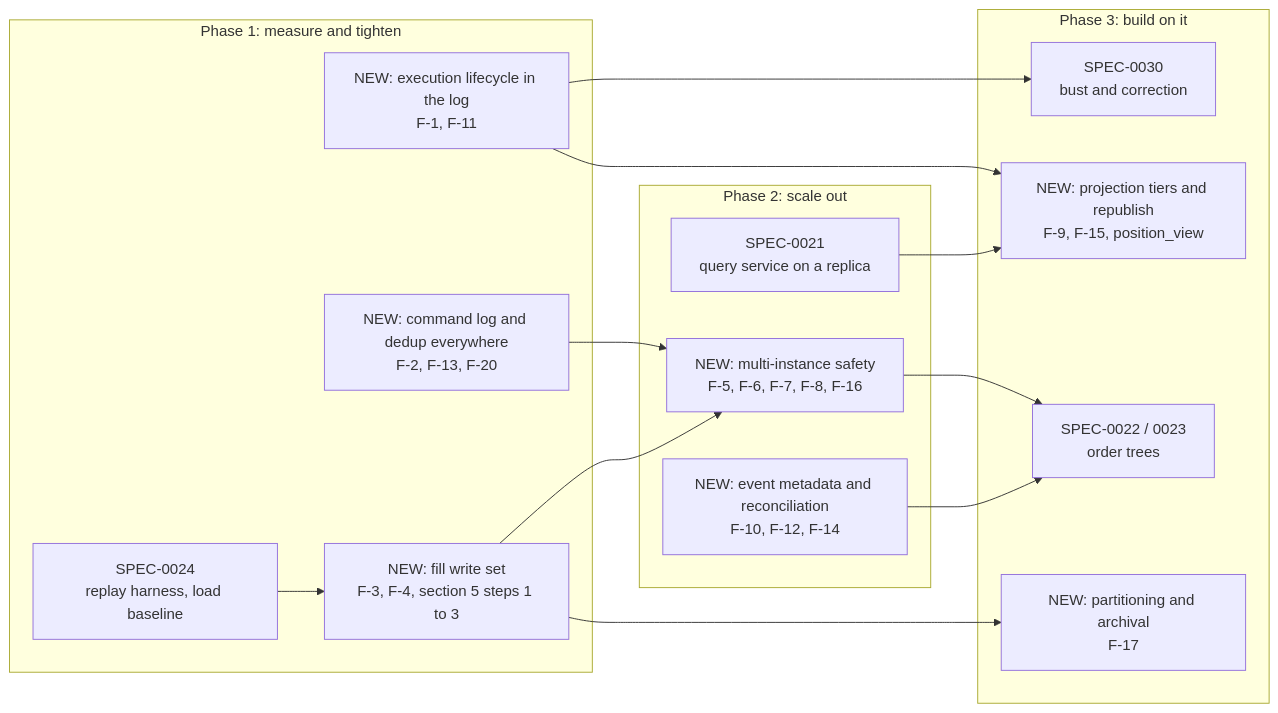
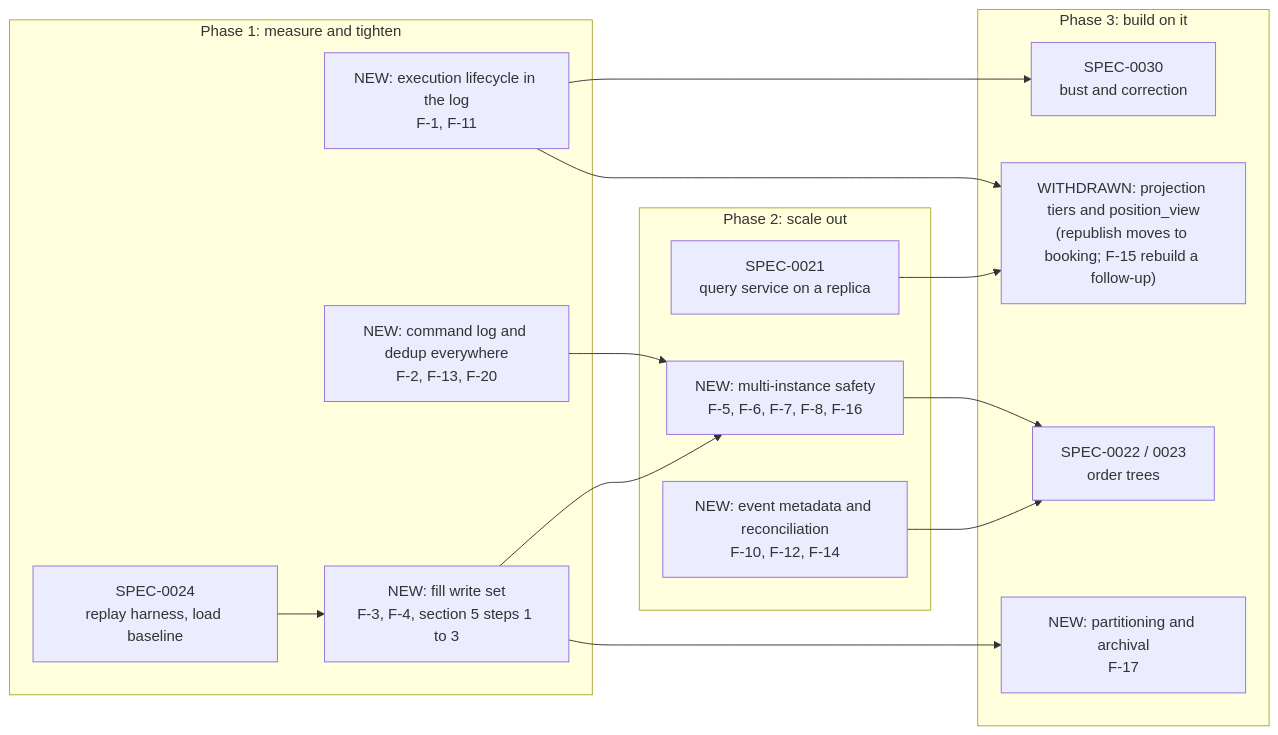
Before and after one commit to tbaderts/oms: the second of 2 diagrams in oms-core/docs/event-sourcing-cqrs-review-2026-11-07.md, drawn with Mermaid. The commit also changed other lines of this file and 219 other files, not shown here.

Commit message:
ui improvements, target architecture updates

````diff
--- a/oms-core/docs/event-sourcing-cqrs-review-2026-11-07.md
+++ b/oms-core/docs/event-sourcing-cqrs-review-2026-11-07.md
@@ -677,29 +687,29 @@
 ```mermaid
 flowchart LR
     subgraph p1["Phase 1: measure and tighten"]
         G["SPEC-0024<br/>replay harness, load baseline"]
         N1["NEW: execution lifecycle in the log<br/>F-1, F-11"]
         N2["NEW: command log and dedup everywhere<br/>F-2, F-13, F-20"]
         N3["NEW: fill write set<br/>F-3, F-4, section 5 steps 1 to 3"]
     end
     subgraph p2["Phase 2: scale out"]
         N4["NEW: multi-instance safety<br/>F-5, F-6, F-7, F-8, F-16"]
         N5["NEW: event metadata and reconciliation<br/>F-10, F-12, F-14"]
         D["SPEC-0021<br/>query service on a replica"]
     end
     subgraph p3["Phase 3: build on it"]
         S30["SPEC-0030<br/>bust and correction"]
-        N6["NEW: projection tiers and republish<br/>F-9, F-15, position_view"]
+        N6["WITHDRAWN: projection tiers and position_view<br/>(republish moves to booking; F-15 rebuild a follow-up)"]
         E["SPEC-0022 / 0023<br/>order trees"]
         N7["NEW: partitioning and archival<br/>F-17"]
     end
     G --> N3
     N1 --> S30
     N2 --> N4
     N3 --> N4
     N1 --> N6
     N4 --> E
     N5 --> E
     N3 --> N7
     D --> N6
 ```
````
